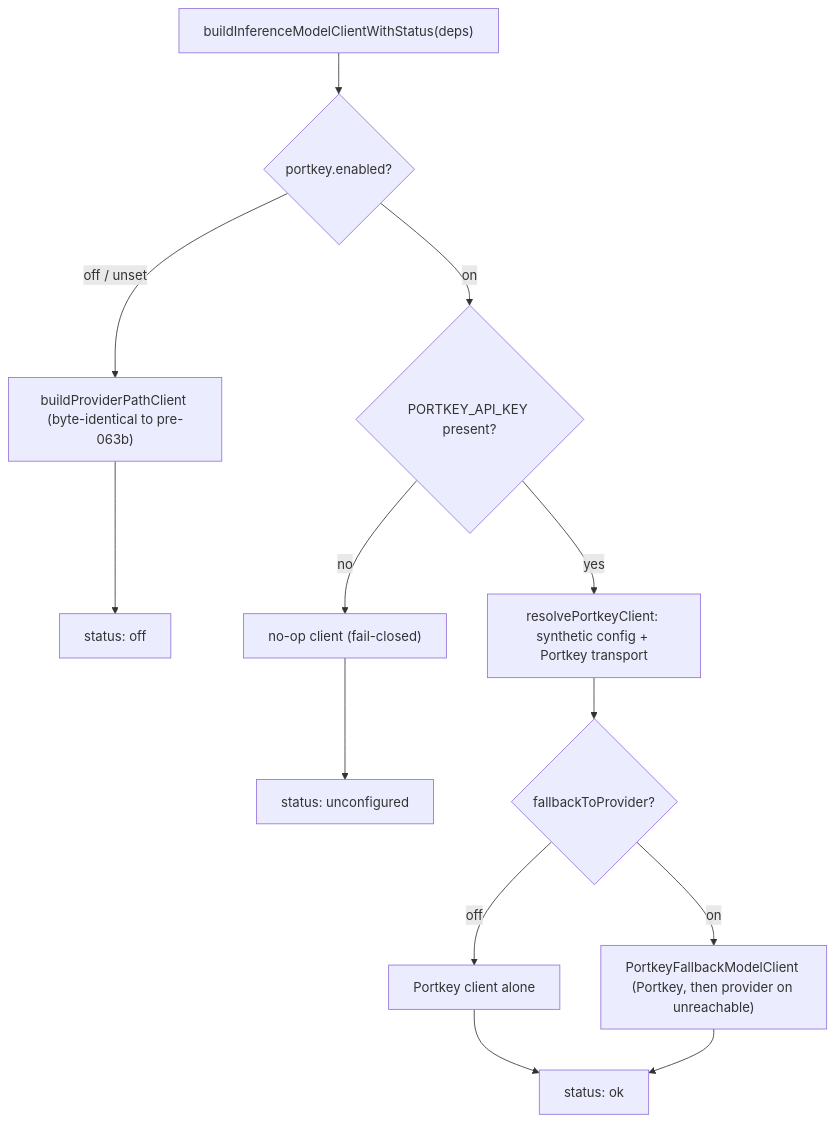
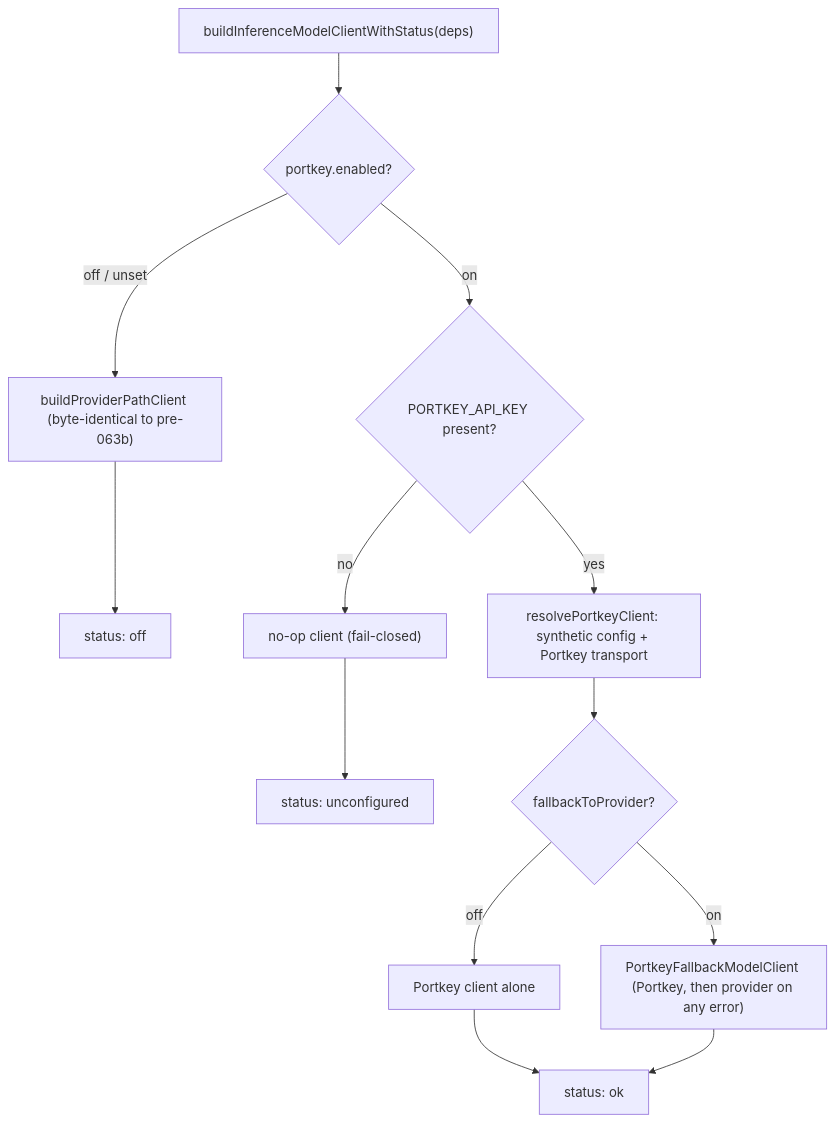
The diagram in library/knowledge/private/ai/portkey-gateway.md (legioncodeinc/honeycomb), drawn with Mermaid before and after one commit. The commit also changed other lines of this file and 279 other files, not shown here.

````diff
--- a/library/knowledge/private/ai/portkey-gateway.md
+++ b/library/knowledge/private/ai/portkey-gateway.md
@@ -42,15 +42,15 @@
 ```mermaid
 flowchart TD
     start["buildInferenceModelClientWithStatus(deps)"] --> q{"portkey.enabled?"}
     q -->|off / unset| prov["buildProviderPathClient (byte-identical to pre-063b)"]
     prov --> offstat["status: off"]
     q -->|on| key{"PORTKEY_API_KEY present?"}
     key -->|no| failclosed["no-op client (fail-closed)"]
     failclosed --> unconf["status: unconfigured"]
     key -->|yes| build["resolvePortkeyClient: synthetic config + Portkey transport"]
     build --> fb{"fallbackToProvider?"}
     fb -->|off| solo["Portkey client alone"]
-    fb -->|on| wrap["PortkeyFallbackModelClient (Portkey, then provider on unreachable)"]
+    fb -->|on| wrap["PortkeyFallbackModelClient (Portkey, then provider on any error)"]
     solo --> okstat["status: ok"]
     wrap --> okstat
 ```
````
